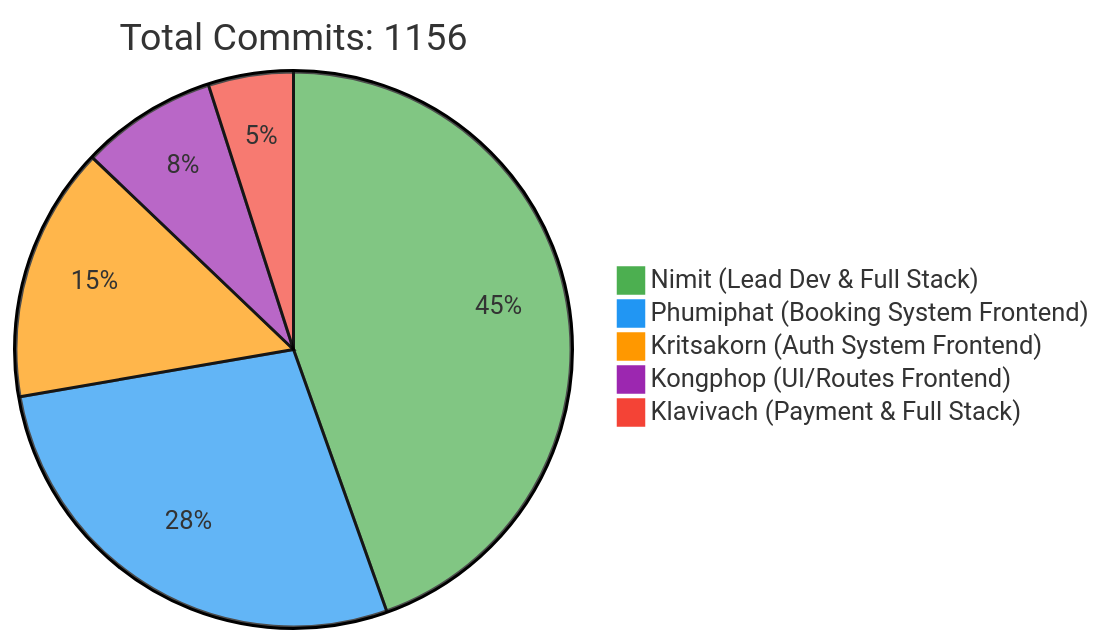
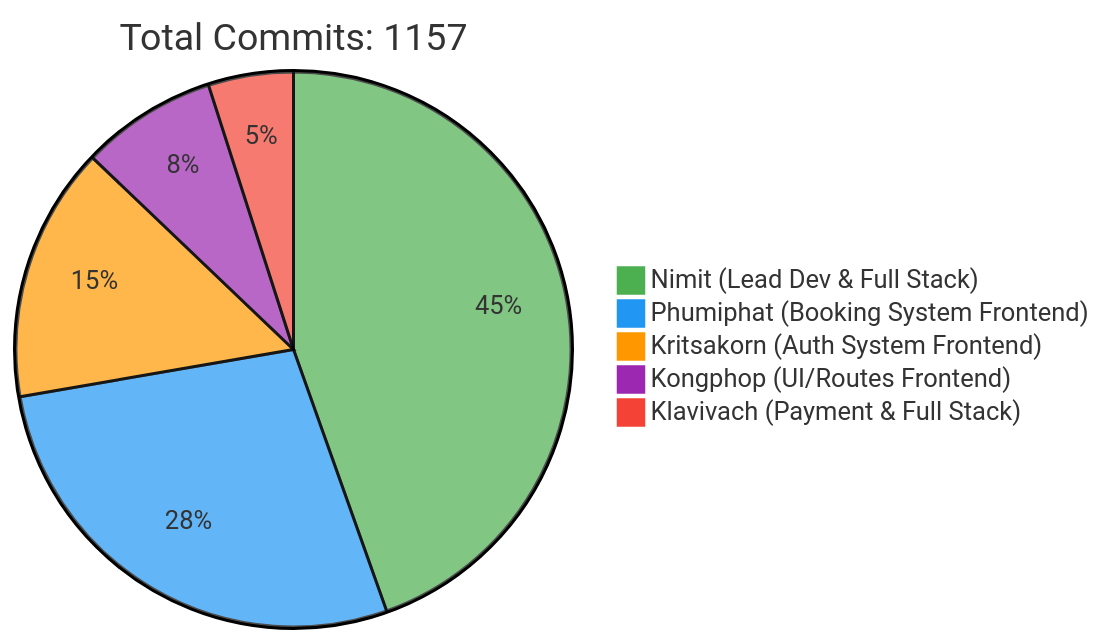
Before and after one commit to 6531503042/Sport-Complex: the first of 2 diagrams in README.md, drawn with Mermaid. The commit also changed other lines of this file, not shown here.

Commit message:
docs: Update contributor statistics [skip ci]

````diff
--- a/README.md
+++ b/README.md
@@ -257,10 +257,10 @@
 ```mermaid
 %%{init: {'theme': 'base', 'themeVariables': { 'pie1': '#4CAF50', 'pie2': '#2196F3', 'pie3': '#FF9800', 'pie4': '#9C27B0', 'pie5': '#F44336'}}}%%
 pie
-    title Total Commits: 1156
+    title Total Commits: 1157
     "Nimit (Lead Dev & Full Stack)" : 450
     "Phumiphat (Booking System Frontend)" : 280
     "Kritsakorn (Auth System Frontend)" : 150
     "Kongphop (UI/Routes Frontend)" : 80
     "Klavivach (Payment & Full Stack)" : 50
 ```
````
